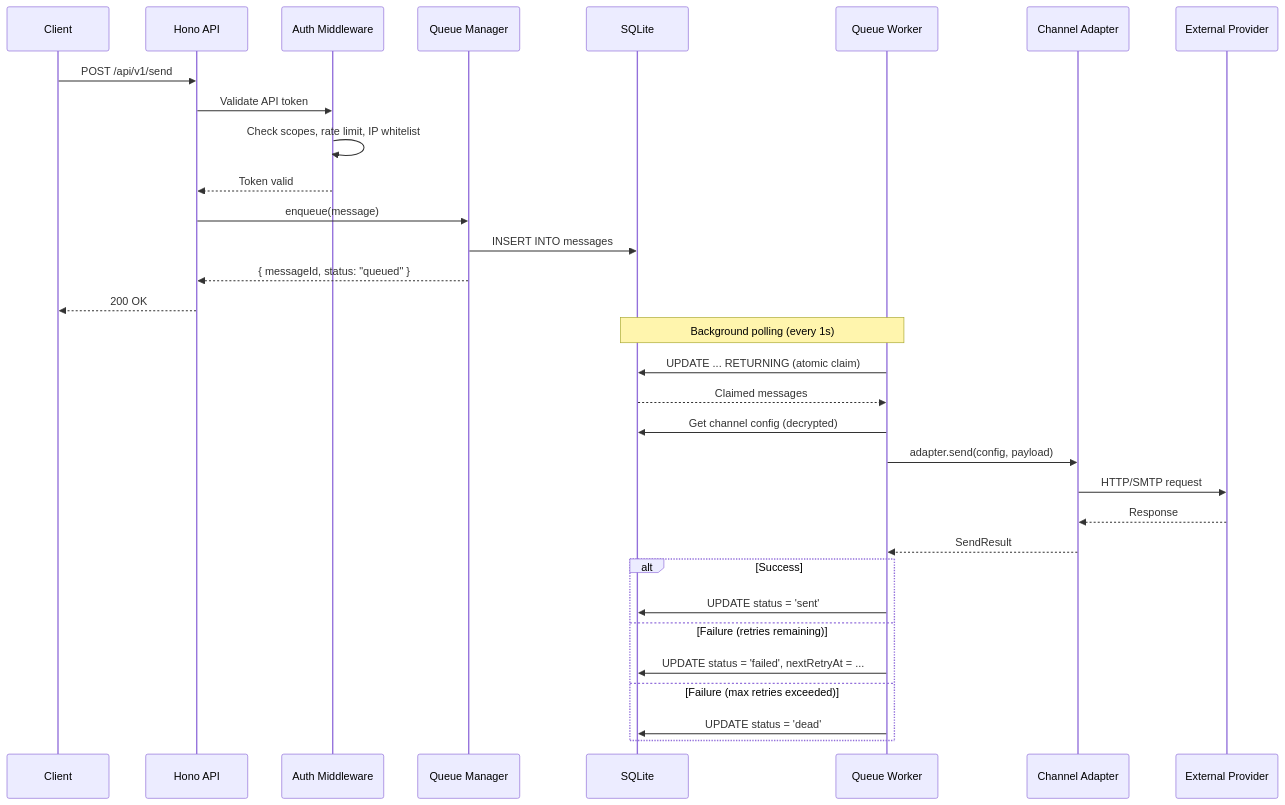
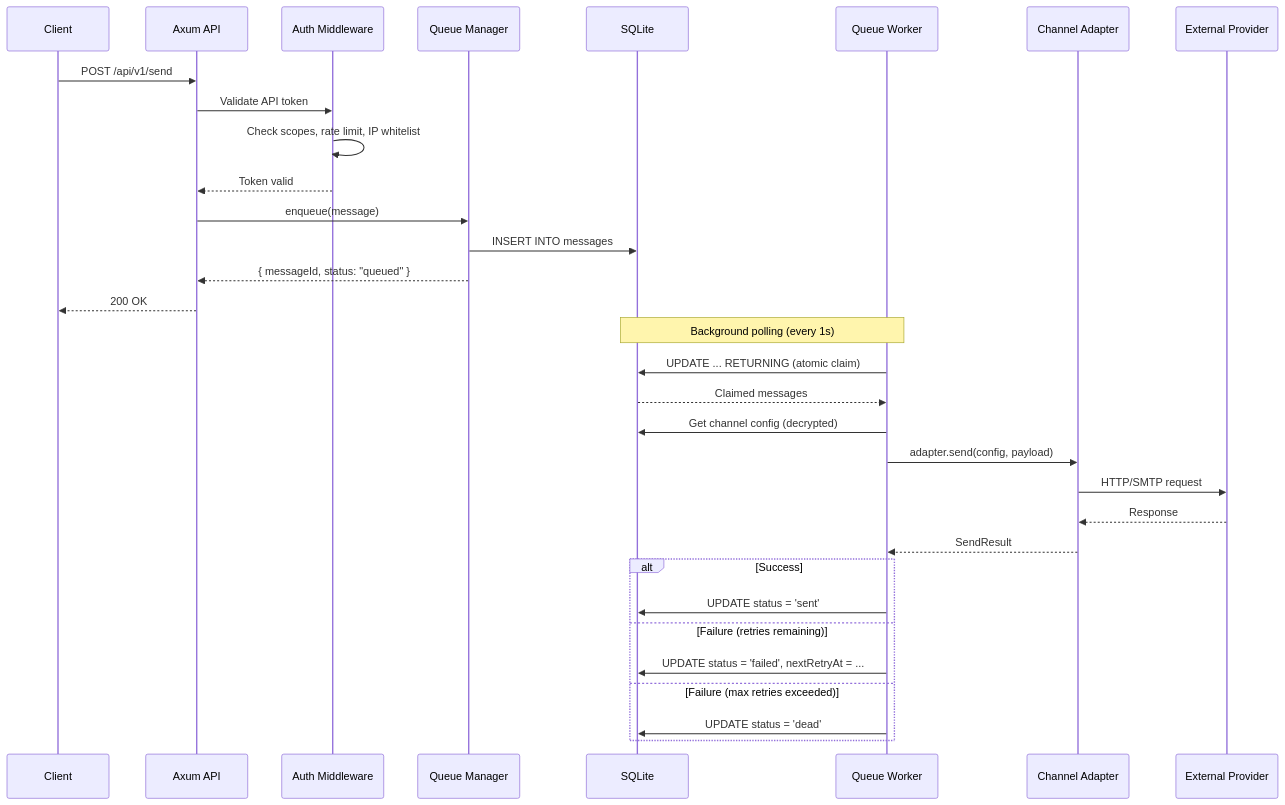
The second of 5 diagrams in docs/docs/architecture.md (XUranus/notify-hub), drawn with Mermaid before and after one commit. The commit also changed other lines of this file and 6 other files, not shown here.

````diff
--- a/docs/docs/architecture.md
+++ b/docs/docs/architecture.md
@@ -63,37 +67,37 @@
 ```mermaid
 sequenceDiagram
     participant Client
-    participant API as Hono API
+    participant API as Axum API
     participant Auth as Auth Middleware
     participant Queue as Queue Manager
     participant DB as SQLite
     participant Worker as Queue Worker
     participant Adapter as Channel Adapter
     participant Provider as External Provider
 
     Client->>API: POST /api/v1/send
     API->>Auth: Validate API token
     Auth->>Auth: Check scopes, rate limit, IP whitelist
     Auth-->>API: Token valid
     API->>Queue: enqueue(message)
     Queue->>DB: INSERT INTO messages
     Queue-->>API: { messageId, status: "queued" }
     API-->>Client: 200 OK
 
     Note over Worker,DB: Background polling (every 1s)
     Worker->>DB: UPDATE ... RETURNING (atomic claim)
     DB-->>Worker: Claimed messages
     Worker->>DB: Get channel config (decrypted)
     Worker->>Adapter: adapter.send(config, payload)
     Adapter->>Provider: HTTP/SMTP request
     Provider-->>Adapter: Response
     Adapter-->>Worker: SendResult
 
     alt Success
         Worker->>DB: UPDATE status = 'sent'
     else Failure (retries remaining)
         Worker->>DB: UPDATE status = 'failed', nextRetryAt = ...
     else Failure (max retries exceeded)
         Worker->>DB: UPDATE status = 'dead'
     end
 ```
````
